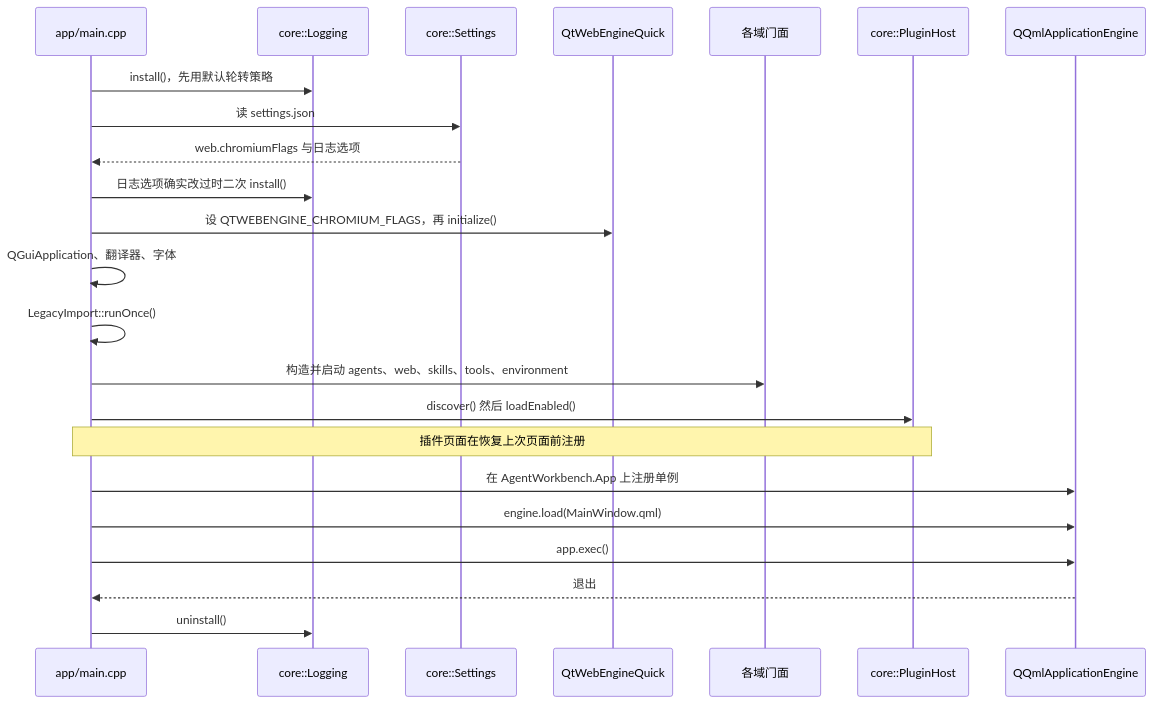
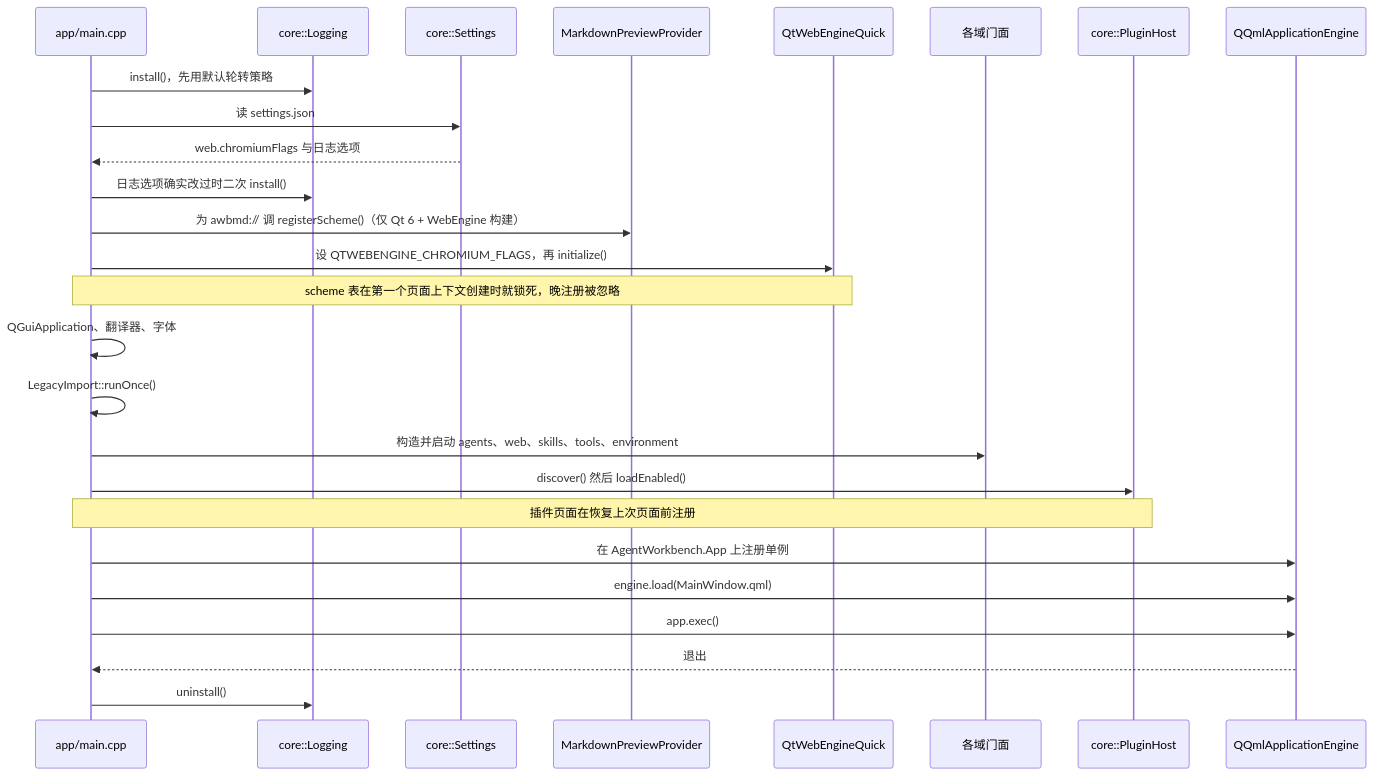
One commit to czyt1988/AgentWorkbench changed the diagram in docs/zh/architecture/数据与状态.md. Above: the diagram before and after it, drawn with Mermaid. The commit also changed other lines of this file and 36 other files, not shown here.

First line of the commit message:
docs(markdown): describe the preview feature everywhere it belongs

````diff
--- a/docs/zh/architecture/数据与状态.md
+++ b/docs/zh/architecture/数据与状态.md
@@ -86,26 +89,29 @@
 ```mermaid
 sequenceDiagram
     participant main as app/main.cpp
     participant log as core::Logging
     participant set as core::Settings
+    participant md as MarkdownPreviewProvider
     participant wb as QtWebEngineQuick
     participant dom as 各域门面
     participant plug as core::PluginHost
     participant qml as QQmlApplicationEngine
 
     main->>log: install()，先用默认轮转策略
     main->>set: 读 settings.json
     set-->>main: web.chromiumFlags 与日志选项
     main->>log: 日志选项确实改过时二次 install()
+    main->>md: 为 awbmd:// 调 registerScheme()（仅 Qt 6 + WebEngine 构建）
     main->>wb: 设 QTWEBENGINE_CHROMIUM_FLAGS，再 initialize()
+    note over main,wb: scheme 表在第一个页面上下文创建时就锁死，晚注册被忽略
     main->>main: QGuiApplication、翻译器、字体
     main->>main: LegacyImport::runOnce()
     main->>dom: 构造并启动 agents、web、skills、tools、environment
     main->>plug: discover() 然后 loadEnabled()
     note over main,plug: 插件页面在恢复上次页面前注册
     main->>qml: 在 AgentWorkbench.App 上注册单例
     main->>qml: engine.load(MainWindow.qml)
     main->>qml: app.exec()
     qml-->>main: 退出
     main->>log: uninstall()
 ```
````
